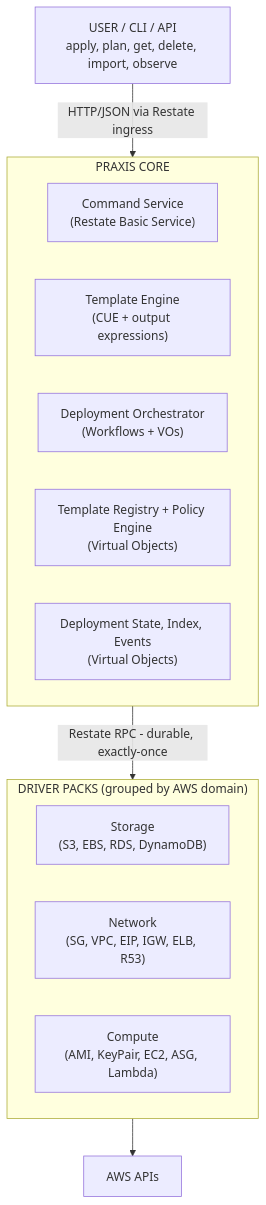
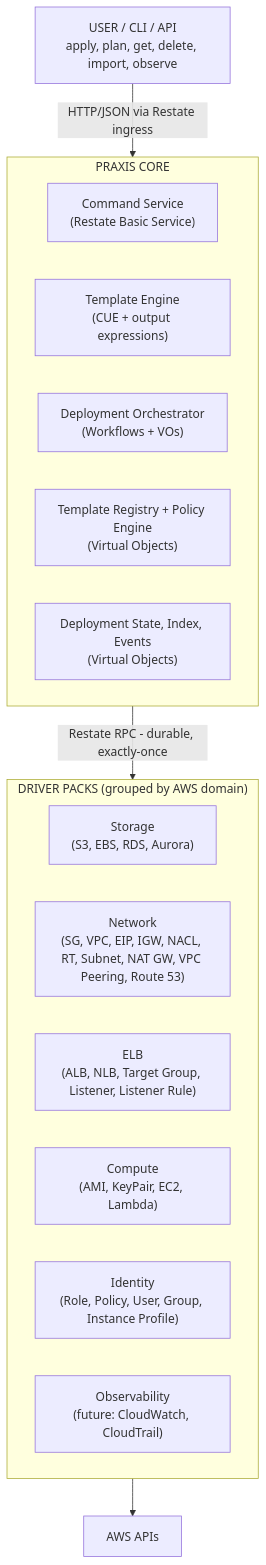
One commit to shirvan/praxis changed the first of 5 diagrams in docs/ARCHITECTURE.md. Above: the diagram before and after it, drawn with Mermaid. The commit also changed other lines of this file and 292 other files, not shown here.

Commit message:
feat: add drivers for elb, iam, rds, lambda and route53. also update template comprehension handling and add a lot more docs, we love docs.

````diff
--- a/docs/ARCHITECTURE.md
+++ b/docs/ARCHITECTURE.md
@@ -17,24 +17,27 @@
 ```mermaid
 graph TD
     User["USER / CLI / API<br/>apply, plan, get, delete, import, observe"]
 
     User -->|"HTTP/JSON via Restate ingress"| Core
 
     subgraph Core["PRAXIS CORE"]
         CS["Command Service<br/>(Restate Basic Service)"]
         TE["Template Engine<br/>(CUE + output expressions)"]
         DO["Deployment Orchestrator<br/>(Workflows + VOs)"]
         TR["Template Registry + Policy Engine<br/>(Virtual Objects)"]
         DS["Deployment State, Index, Events<br/>(Virtual Objects)"]
     end
 
     Core -->|"Restate RPC - durable, exactly-once"| Drivers
 
     subgraph Drivers["DRIVER PACKS (grouped by AWS domain)"]
-        Storage["Storage<br/>(S3, EBS, RDS, DynamoDB)"]
-        Network["Network<br/>(SG, VPC, EIP, IGW, ELB, R53)"]
-        Compute["Compute<br/>(AMI, KeyPair, EC2, ASG, Lambda)"]
+        Storage["Storage<br/>(S3, EBS, RDS, Aurora)"]
+        Network["Network<br/>(SG, VPC, EIP, IGW, NACL, RT, Subnet, NAT GW, VPC Peering, Route 53)"]
+        ELB["ELB<br/>(ALB, NLB, Target Group, Listener, Listener Rule)"]
+        Compute["Compute<br/>(AMI, KeyPair, EC2, Lambda)"]
+        IAM["Identity<br/>(Role, Policy, User, Group, Instance Profile)"]
+        Observability["Observability<br/>(future: CloudWatch, CloudTrail)"]
     end
 
     Drivers --> AWS["AWS APIs"]
 ```
````
